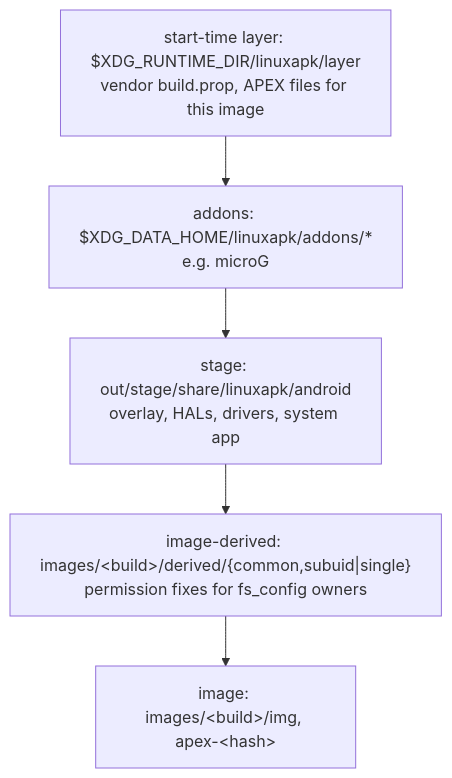
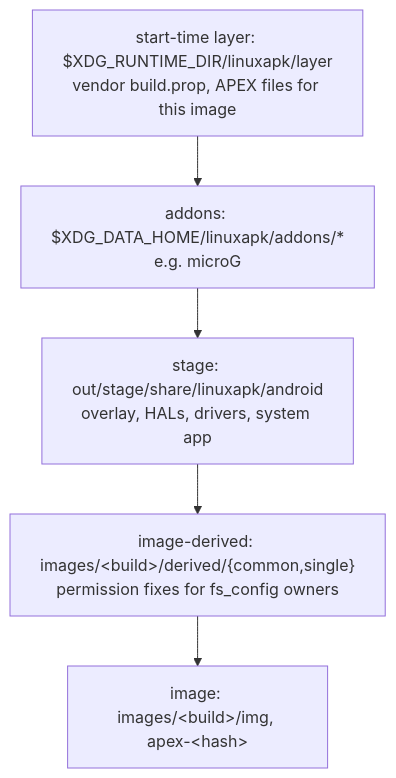
The second of 3 diagrams in docs/session.md (sargunv/innkeeper), drawn with Mermaid before and after one commit. The commit also changed other lines of this file and 79 other files, not shown here.

````diff
--- a/docs/session.md
+++ b/docs/session.md
@@ -82,9 +80,9 @@
 ```mermaid
 flowchart TB
   rt["start-time layer: $XDG_RUNTIME_DIR/linuxapk/layer<br/>vendor build.prop, APEX files for this image"]
   add["addons: $XDG_DATA_HOME/linuxapk/addons/*<br/>e.g. microG"]
   stage["stage: out/stage/share/linuxapk/android<br/>overlay, HALs, drivers, system app"]
-  derived["image-derived: images/&lt;build&gt;/derived/{common,subuid|single}<br/>permission fixes for fs_config owners"]
+  derived["image-derived: images/&lt;build&gt;/derived/{common,single}<br/>permission fixes for fs_config owners"]
   img["image: images/&lt;build&gt;/img, apex-&lt;hash&gt;"]
   rt --> add --> stage --> derived --> img
 ```
````
